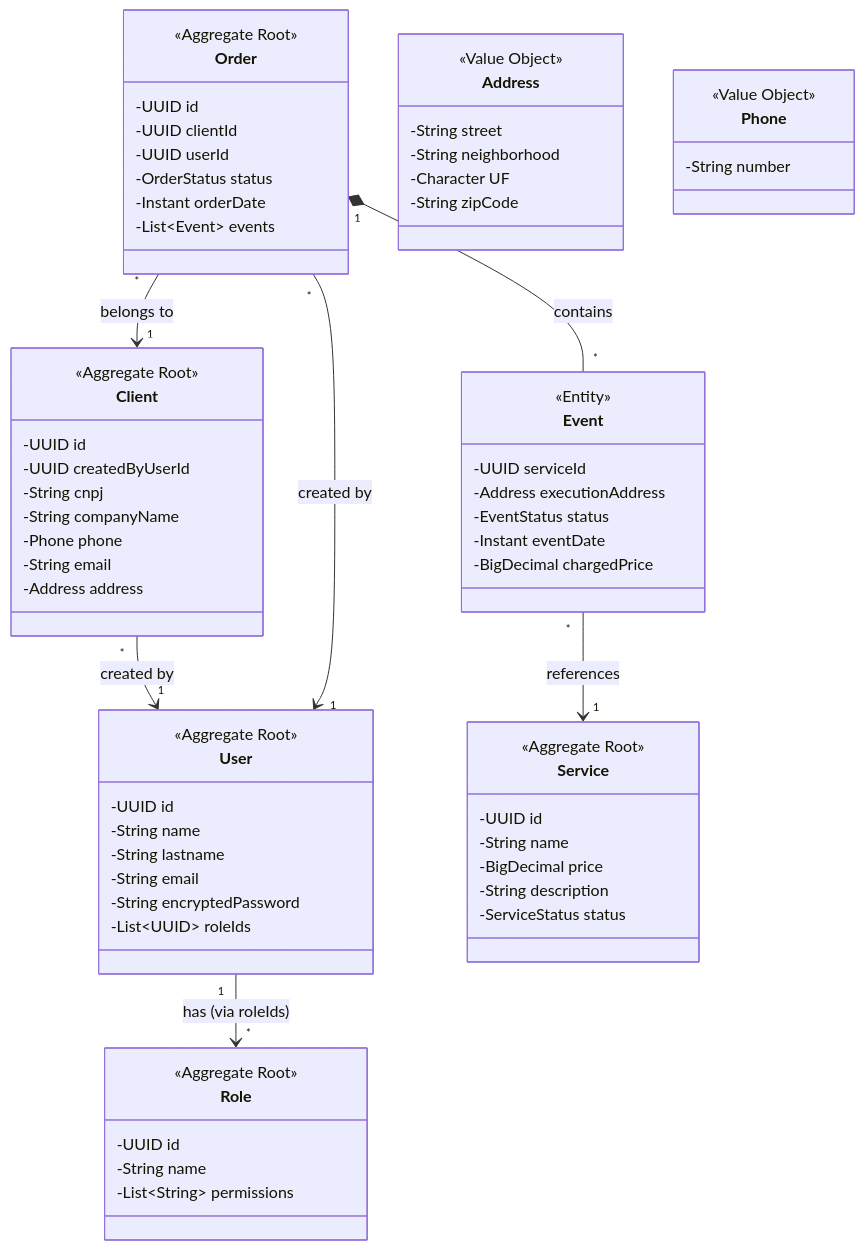
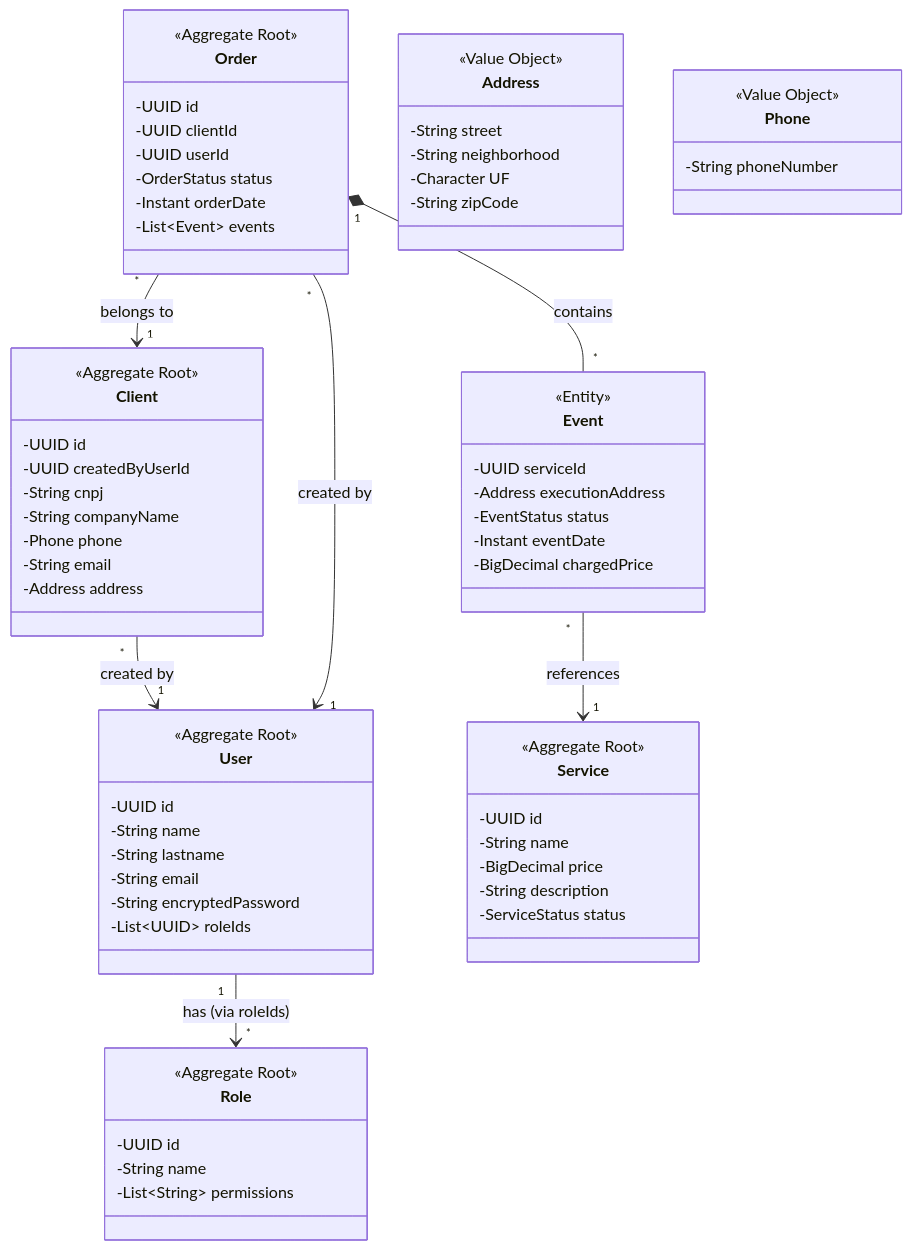
One commit to GibsonCS/speed changed the diagram in README.md. Above: the diagram before and after it, drawn with Mermaid.

Commit message:
chore: rename 'number' to 'phoneNumber' in Phone class

````diff
--- a/README.md
+++ b/README.md
@@ -4,78 +4,78 @@
 ```mermaid
 classDiagram
     class User {
         <<Aggregate Root>>
         -UUID id
         -String name
         -String lastname
         -String email
         -String encryptedPassword
         -List~UUID~ roleIds
     }
 
     class Role {
         <<Aggregate Root>>
         -UUID id
         -String name
         -List~String~ permissions
     }
 
     class Client {
         <<Aggregate Root>>
         -UUID id
         -UUID createdByUserId
         -String cnpj
         -String companyName
         -Phone phone
         -String email
         -Address address
     }
 
     class Order {
         <<Aggregate Root>>
         -UUID id
         -UUID clientId
         -UUID userId
         -OrderStatus status
         -Instant orderDate
         -List~Event~ events
     }
 
     class Event {
         <<Entity>>
         -UUID serviceId
         -Address executionAddress
         -EventStatus status
         -Instant eventDate
         -BigDecimal chargedPrice
     }
 
     class Service {
         <<Aggregate Root>>
         -UUID id
         -String name
         -BigDecimal price
         -String description
         -ServiceStatus status
     }
 
     class Address {
         <<Value Object>>
         -String street
         -String neighborhood
         -Character UF
         -String zipCode
     }
 
     class Phone {
         <<Value Object>>
-        -String number
+        -String phoneNumber
     }
 
     User "1" --> "*" Role : has (via roleIds)
     Client "*" --> "1" User : created by
     Order "*" --> "1" User : created by
     Order "*" --> "1" Client : belongs to
     Order "1" *-- "*" Event : contains
     Event "*" --> "1" Service : references
 ```
````
